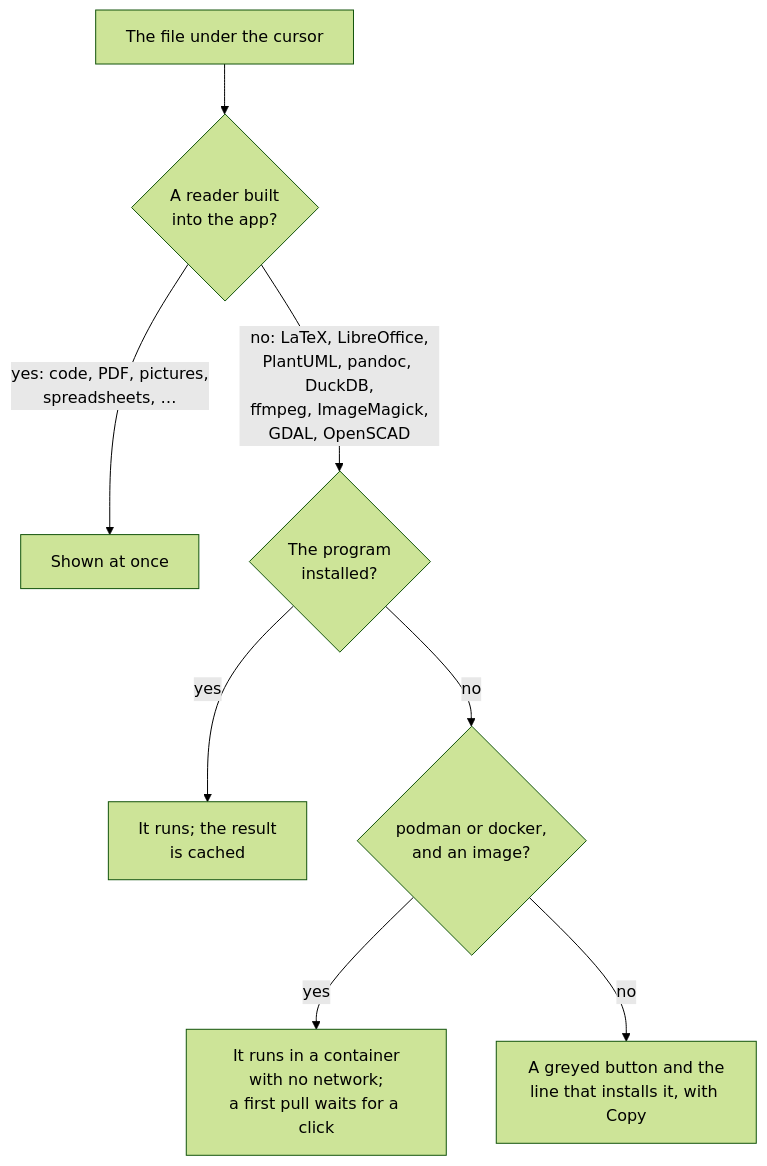
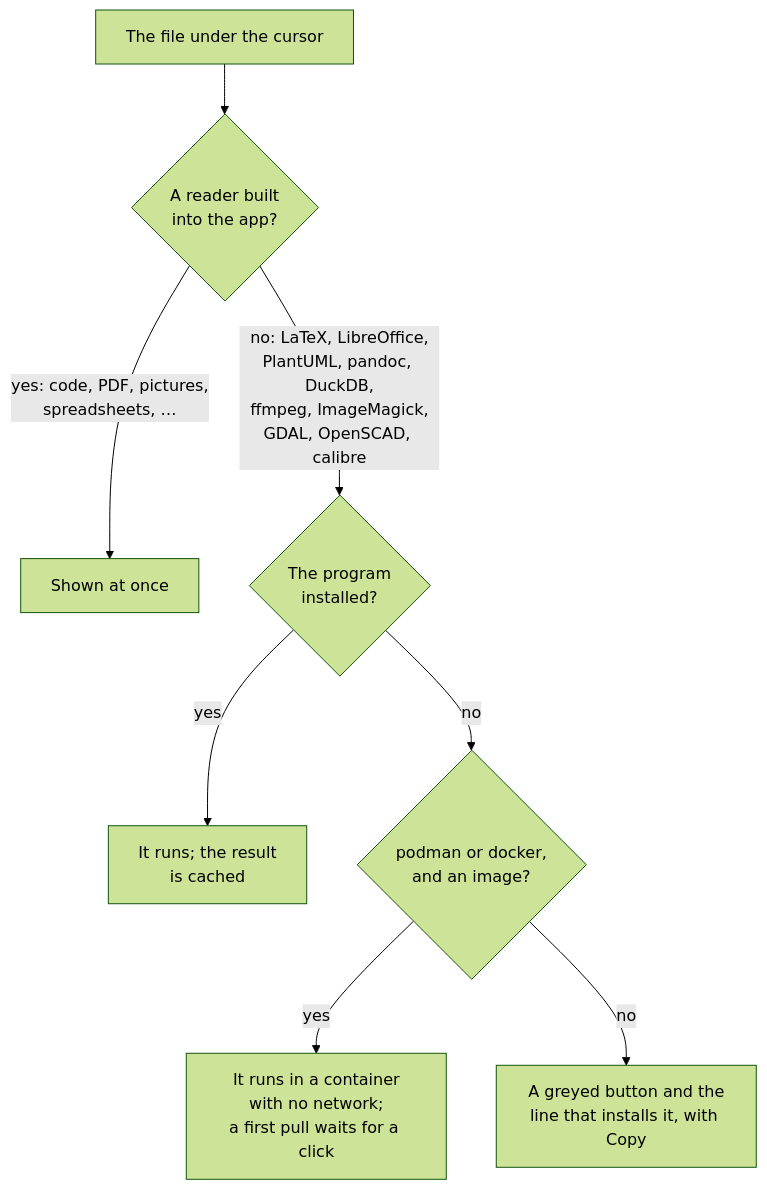
One commit to mwo-dk/coxswain changed the diagram in docs/previews/README.md. Above: the diagram before and after it, drawn with Mermaid (forest theme). The commit also changed other lines of this file and 15 other files, not shown here.

````diff
--- a/docs/previews/README.md
+++ b/docs/previews/README.md
@@ -24,10 +24,10 @@
 ```mermaid
 flowchart TD
   file[The file under the cursor] --> own{A reader built<br/>into the app?}
   own -->|yes: code, PDF, pictures,<br/>spreadsheets, …| shown[Shown at once]
-  own -->|no: LaTeX, LibreOffice,<br/>PlantUML, pandoc, DuckDB,<br/>ffmpeg, ImageMagick,<br/>GDAL, OpenSCAD| tool{The program<br/>installed?}
+  own -->|no: LaTeX, LibreOffice,<br/>PlantUML, pandoc, DuckDB,<br/>ffmpeg, ImageMagick,<br/>GDAL, OpenSCAD, calibre| tool{The program<br/>installed?}
   tool -->|yes| run[It runs; the result<br/>is cached]
   tool -->|no| box{podman or docker,<br/>and an image?}
   box -->|yes| cont[It runs in a container<br/>with no network;<br/>a first pull waits for a click]
   box -->|no| none[A greyed button and the<br/>line that installs it, with Copy]
 ```
````
